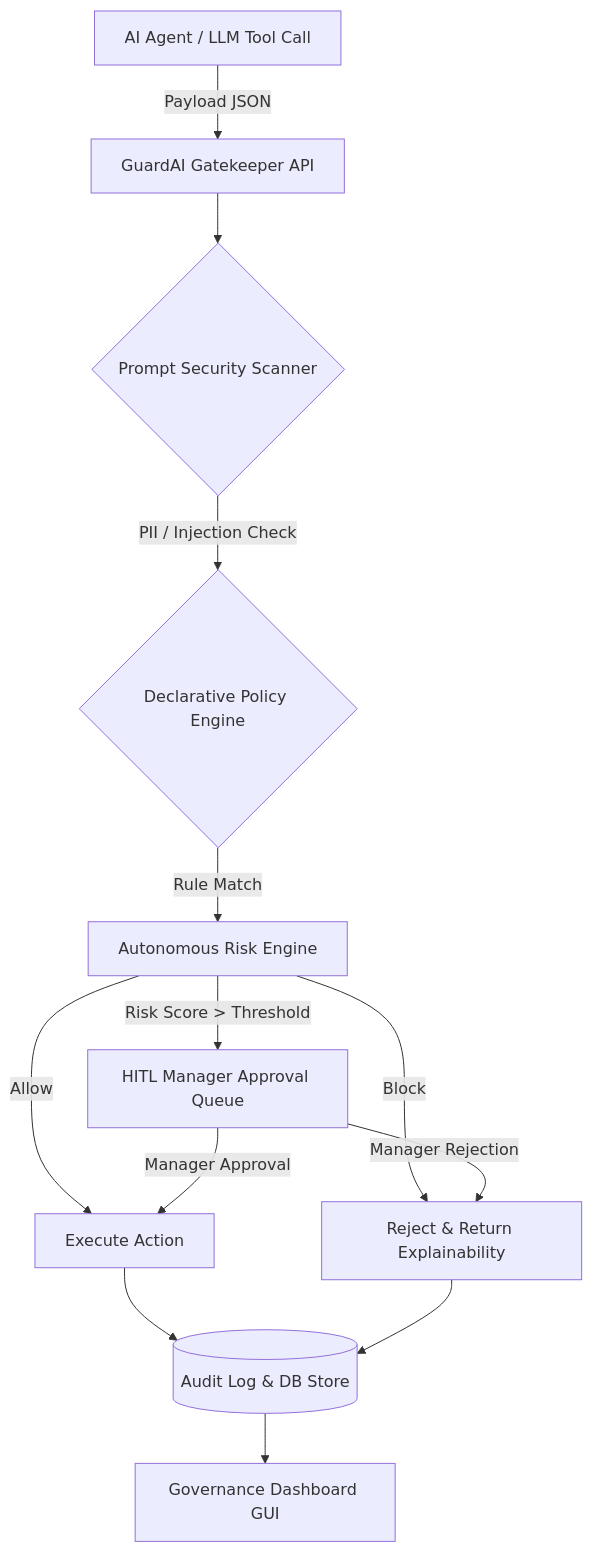
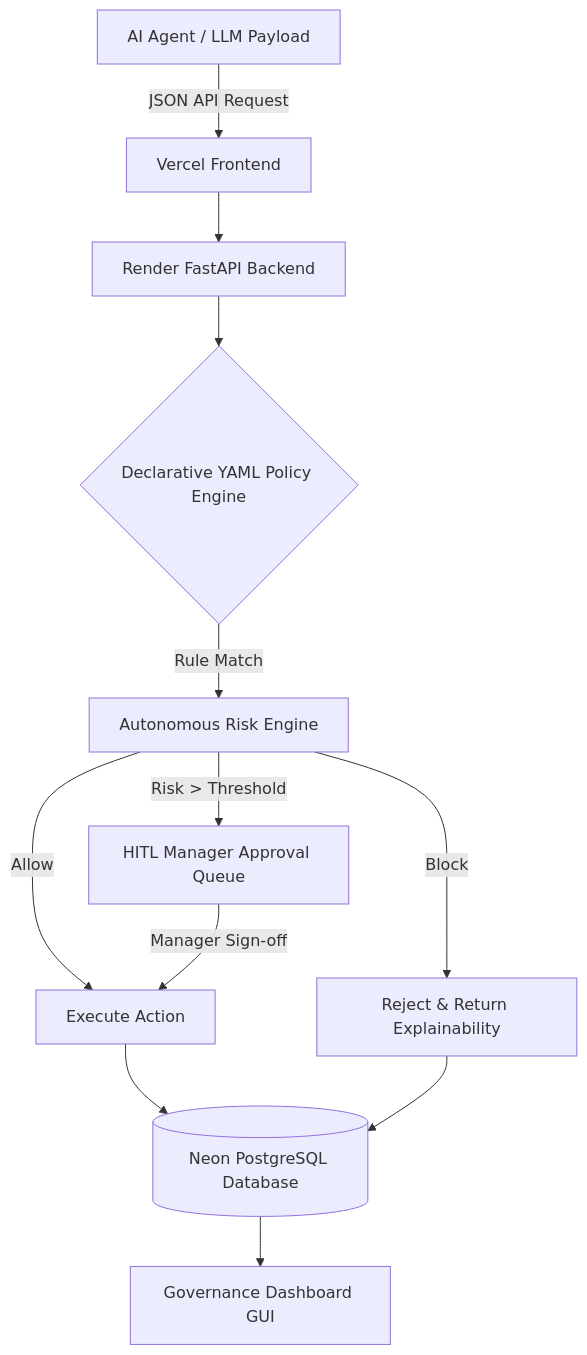
One commit to Midhundg/GuardAI-Intelligent-Action-Governance-Platform changed the diagram in README.md. Above: the diagram before and after it, drawn with Mermaid. The commit also changed other lines of this file, not shown here.

````diff
--- a/README.md
+++ b/README.md
@@ -59,15 +74,14 @@
 ```mermaid
 graph TD
-    A[AI Agent / LLM Tool Call] -->|Payload JSON| B[GuardAI Gatekeeper API]
-    B --> C{Prompt Security Scanner}
-    C -->|PII / Injection Check| D{Declarative Policy Engine}
+    A[AI Agent / LLM Payload] -->|JSON API Request| B[Vercel Frontend]
+    B --> C[Render FastAPI Backend]
+    C --> D{Declarative YAML Policy Engine}
     D -->|Rule Match| E[Autonomous Risk Engine]
-    E -->|Risk Score > Threshold| F[HITL Manager Approval Queue]
+    E -->|Risk > Threshold| F[HITL Manager Approval Queue]
     E -->|Allow| G[Execute Action]
     E -->|Block| H[Reject & Return Explainability]
-    F -->|Manager Approval| G
-    F -->|Manager Rejection| H
-    G --> I[(Audit Log & DB Store)]
+    F -->|Manager Sign-off| G
+    G --> I[(Neon PostgreSQL Database)]
     H --> I
     I --> J[Governance Dashboard GUI]
 ```
````
